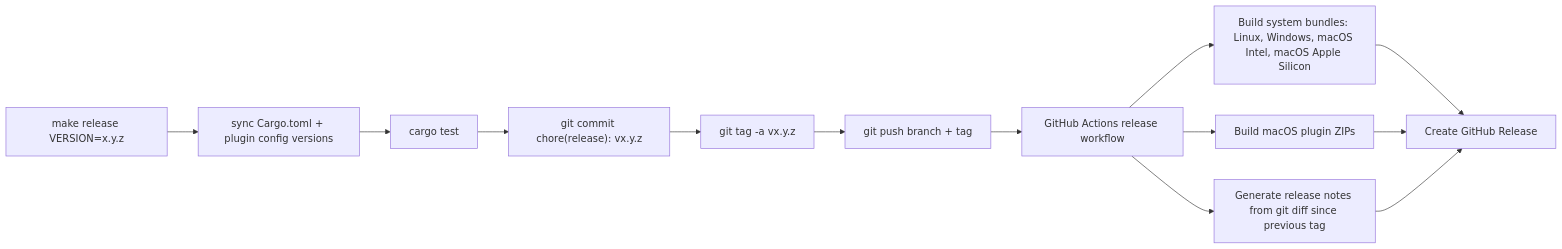
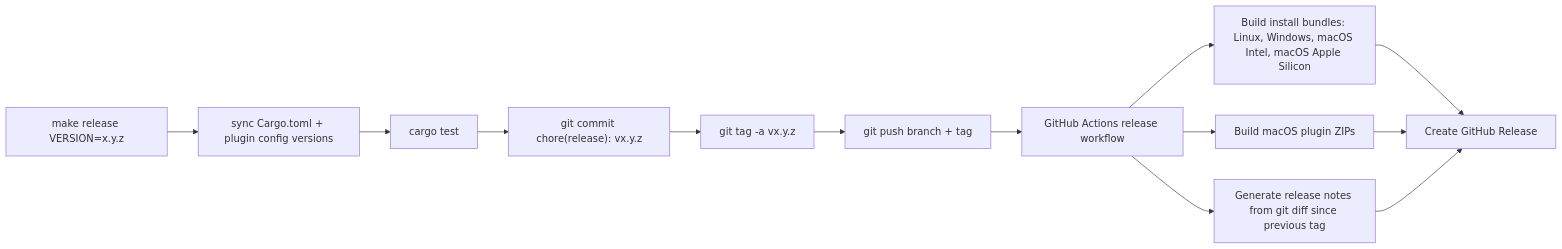
Before and after one commit to srv1n/pysandbox-rs: the diagram in docs/RELEASE_FLOW.md, drawn with Mermaid. The commit also changed other lines of this file and 10 other files, not shown here.

````diff
--- a/docs/RELEASE_FLOW.md
+++ b/docs/RELEASE_FLOW.md
@@ -14,15 +14,15 @@
 ```mermaid
 flowchart LR
   A["make release VERSION=x.y.z"] --> B["sync Cargo.toml + plugin config versions"]
   B --> C["cargo test"]
   C --> D["git commit chore(release): vx.y.z"]
   D --> E["git tag -a vx.y.z"]
   E --> F["git push branch + tag"]
   F --> G["GitHub Actions release workflow"]
-  G --> H["Build system bundles: Linux, Windows, macOS Intel, macOS Apple Silicon"]
+  G --> H["Build install bundles: Linux, Windows, macOS Intel, macOS Apple Silicon"]
   G --> I["Build macOS plugin ZIPs"]
   G --> J["Generate release notes from git diff since previous tag"]
   H --> K["Create GitHub Release"]
   I --> K
   J --> K
 ```
````
